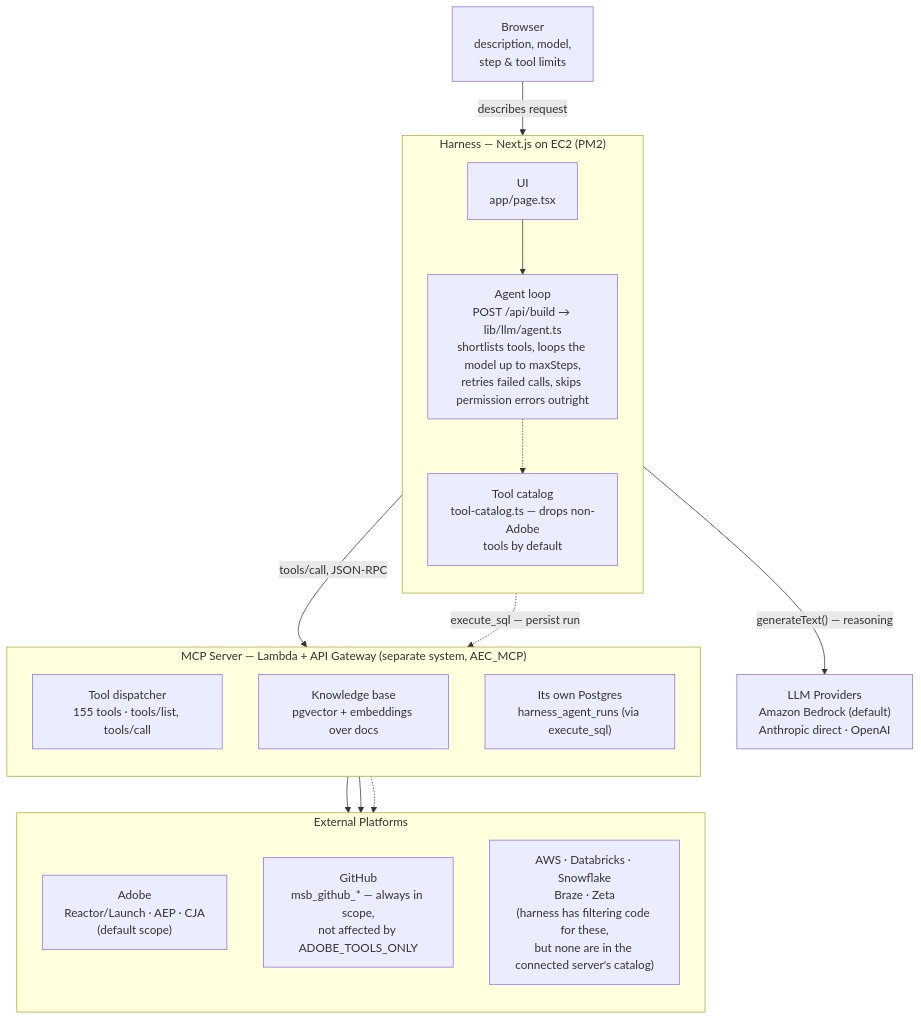
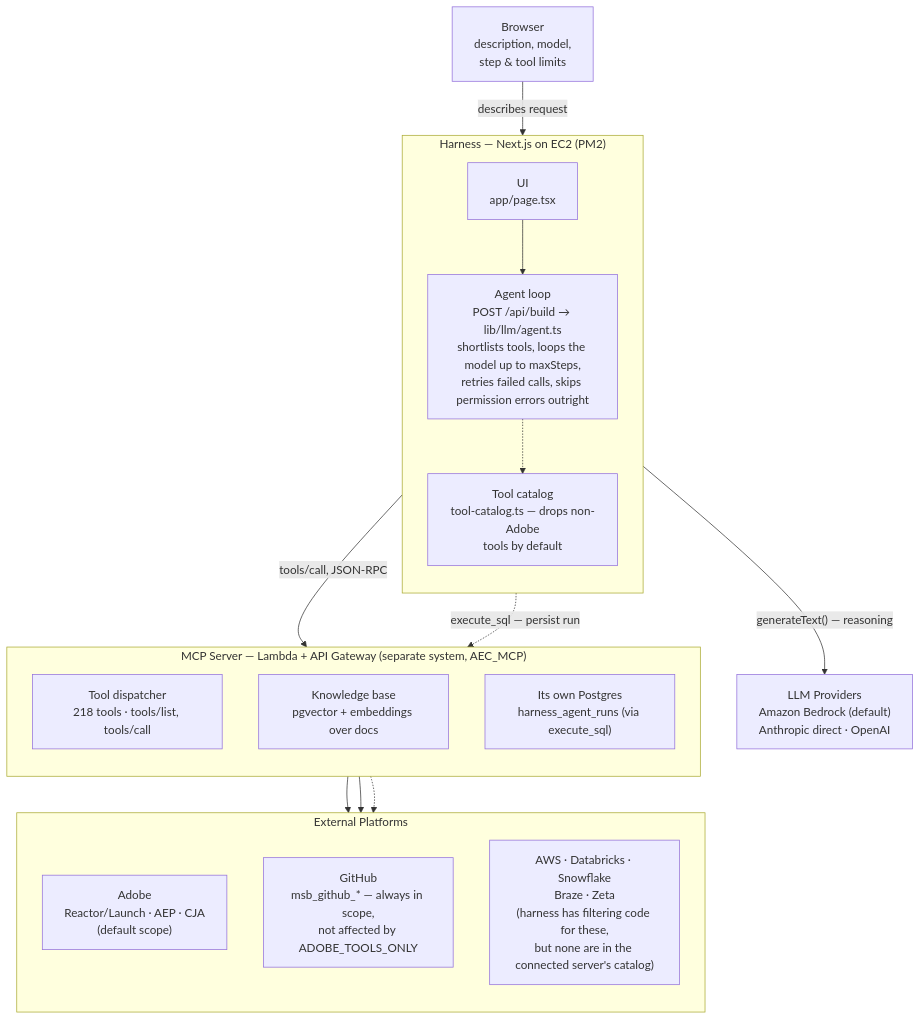
Before and after one commit to chaunceyplum/NEXT_HARNESS: the diagram in ARCHITECTURE.md, drawn with Mermaid. The commit also changed other lines of this file and 2 other files, not shown here.

First line of the commit message:
Document new AEP tool catalog after Tier 1/2 gap-fill in the MCP server

````diff
--- a/ARCHITECTURE.md
+++ b/ARCHITECTURE.md
@@ -8,37 +8,37 @@
 ```mermaid
 flowchart TD
     Browser["Browser<br/>description, model,<br/>step &amp; tool limits"]
 
     subgraph Harness["Harness — Next.js on EC2 (PM2)"]
         direction TB
         UI["UI<br/>app/page.tsx"]
         Agent["Agent loop<br/>POST /api/build → lib/llm/agent.ts<br/>shortlists tools, loops the model up to maxSteps,<br/>retries failed calls, skips permission errors outright"]
         Catalog["Tool catalog<br/>tool-catalog.ts — drops non-Adobe<br/>tools by default"]
         UI --> Agent
         Agent -.-> Catalog
     end
 
     LLM["LLM Providers<br/>Amazon Bedrock (default)<br/>Anthropic direct · OpenAI"]
 
     subgraph MCP["MCP Server — Lambda + API Gateway (separate system, AEC_MCP)"]
         direction TB
-        Dispatcher["Tool dispatcher<br/>155 tools · tools/list, tools/call"]
+        Dispatcher["Tool dispatcher<br/>218 tools · tools/list, tools/call"]
         KB["Knowledge base<br/>pgvector + embeddings over docs"]
         DB["Its own Postgres<br/>harness_agent_runs (via execute_sql)"]
     end
 
     subgraph External["External Platforms"]
         direction TB
         Adobe["Adobe<br/>Reactor/Launch · AEP · CJA<br/>(default scope)"]
         GitHub["GitHub<br/>msb_github_* — always in scope,<br/>not affected by ADOBE_TOOLS_ONLY"]
         Rest["AWS · Databricks · Snowflake<br/>Braze · Zeta<br/>(harness has filtering code for these,<br/>but none are in the connected server's catalog)"]
     end
 
     Browser -->|describes request| UI
     Agent -->|"generateText() — reasoning"| LLM
     Agent -->|tools/call, JSON-RPC| Dispatcher
     Agent -.->|execute_sql — persist run| DB
     Dispatcher --> Adobe
     Dispatcher --> GitHub
     Dispatcher -.-> Rest
 ```
````
